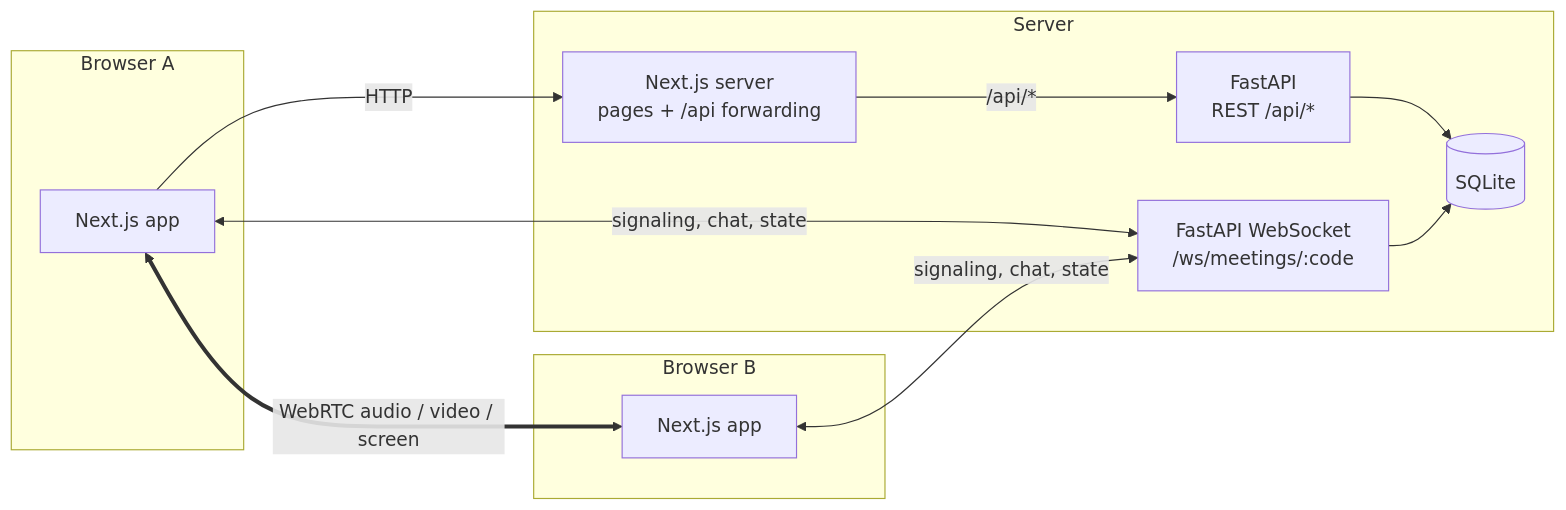
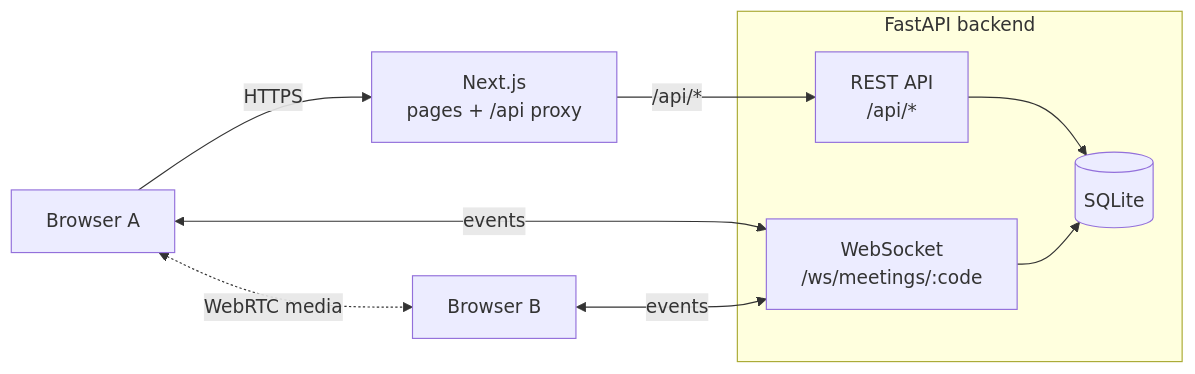
The first of 3 diagrams in README.md (Kartikkkchopraa/Zoom), drawn with Mermaid before and after one commit. The commit also changed other lines of this file, not shown here.

Commit message:
Restructure README: contents, simpler architecture and schema sections

````diff
--- a/README.md
+++ b/README.md
@@ -120,20 +152,20 @@
 ```mermaid
 flowchart LR
-  subgraph Browser A
-    UI_A[Next.js app]
+  A["Browser A"]
+  B["Browser B"]
+  FE["Next.js<br/>pages + /api proxy"]
+
+  subgraph Backend["FastAPI backend"]
+    API["REST API<br/>/api/*"]
+    WS["WebSocket<br/>/ws/meetings/:code"]
+    DB[("SQLite")]
   end
-  subgraph Browser B
-    UI_B[Next.js app]
-  end
-  subgraph Server
-    NX[Next.js server<br/>pages + /api forwarding]
-    API[FastAPI<br/>REST /api/*]
-    WS[FastAPI WebSocket<br/>/ws/meetings/:code]
-    DB[(SQLite)]
-  end
-  UI_A -- HTTP --> NX -- /api/* --> API --> DB
-  UI_A <-- signaling, chat, state --> WS
-  UI_B <-- signaling, chat, state --> WS
+
+  A -->|HTTPS| FE
+  FE -->|/api/*| API
+  API --> DB
   WS --> DB
-  UI_A <== WebRTC audio / video / screen ==> UI_B
+  A <-->|events| WS
+  B <-->|events| WS
+  A <-.->|"WebRTC media"| B
 ```
````
